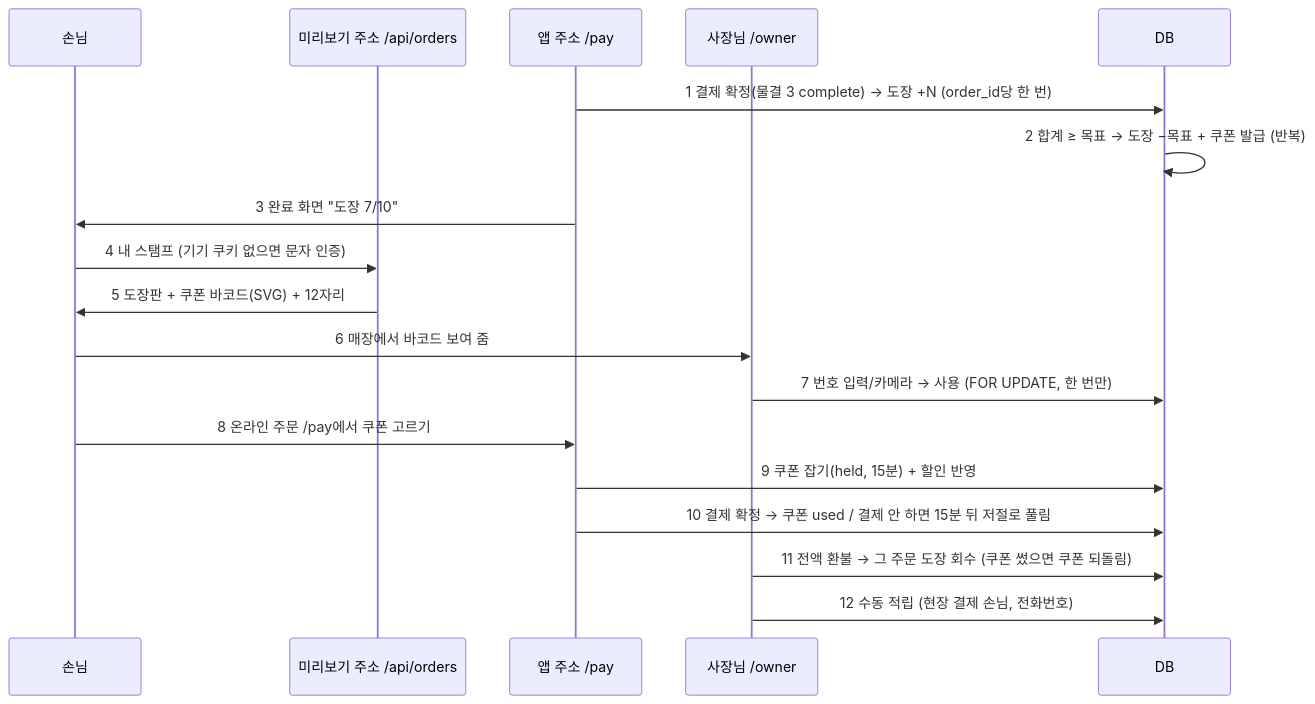
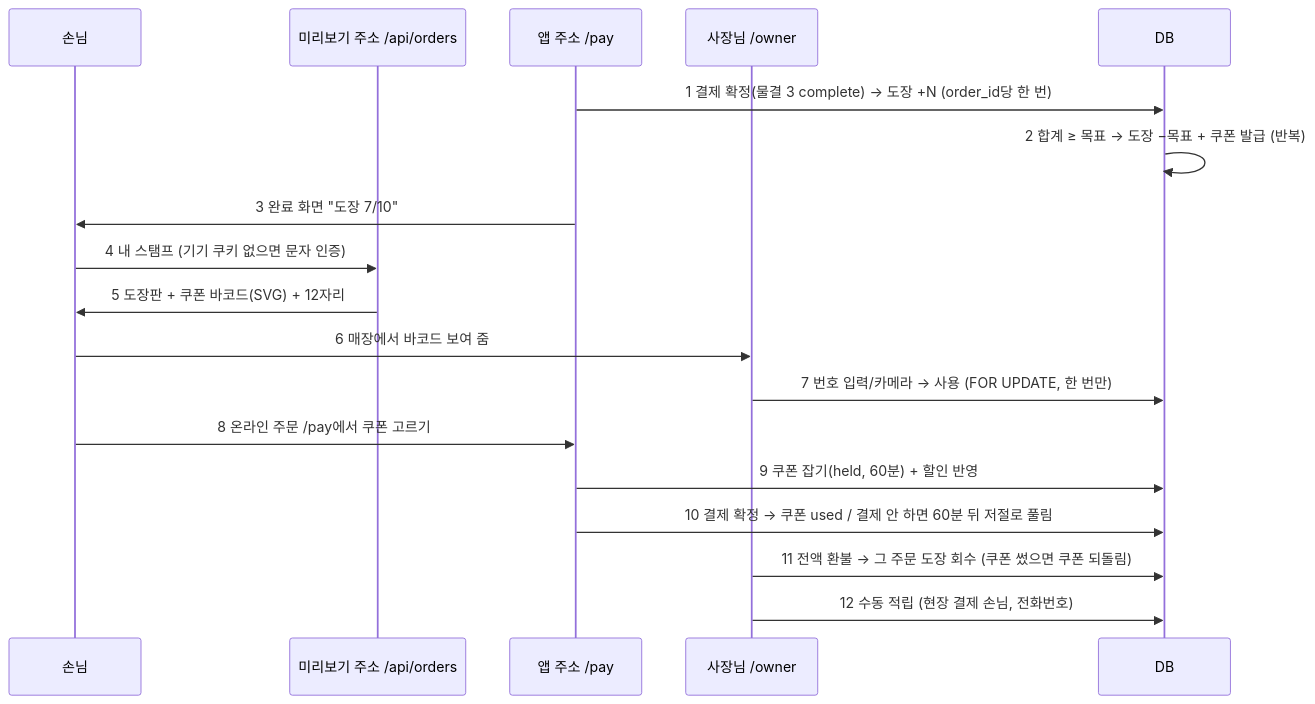
The diagram in docs/product/STAMP_WAVE4_CONTRACT.md (kyungsikjeung/agt001), drawn with Mermaid before and after one commit. The commit also changed other lines of this file and 4 other files, not shown here.

````diff
--- a/docs/product/STAMP_WAVE4_CONTRACT.md
+++ b/docs/product/STAMP_WAVE4_CONTRACT.md
@@ -17,20 +17,20 @@
 ```mermaid
 sequenceDiagram
     participant G as 손님
     participant S as 미리보기 주소 /api/orders
     participant A as 앱 주소 /pay
     participant O as 사장님 /owner
     participant D as DB
     A->>D: 1 결제 확정(물결 3 complete) → 도장 +N (order_id당 한 번)
     D->>D: 2 합계 ≥ 목표 → 도장 −목표 + 쿠폰 발급 (반복)
     A->>G: 3 완료 화면 "도장 7/10"
     G->>S: 4 내 스탬프 (기기 쿠키 없으면 문자 인증)
     S->>G: 5 도장판 + 쿠폰 바코드(SVG) + 12자리
     G->>O: 6 매장에서 바코드 보여 줌
     O->>D: 7 번호 입력/카메라 → 사용 (FOR UPDATE, 한 번만)
     G->>A: 8 온라인 주문 /pay에서 쿠폰 고르기
-    A->>D: 9 쿠폰 잡기(held, 15분) + 할인 반영
-    A->>D: 10 결제 확정 → 쿠폰 used / 결제 안 하면 15분 뒤 저절로 풀림
+    A->>D: 9 쿠폰 잡기(held, 60분) + 할인 반영
+    A->>D: 10 결제 확정 → 쿠폰 used / 결제 안 하면 60분 뒤 저절로 풀림
     O->>D: 11 전액 환불 → 그 주문 도장 회수 (쿠폰 썼으면 쿠폰 되돌림)
     O->>D: 12 수동 적립 (현장 결제 손님, 전화번호)
 ```
````
